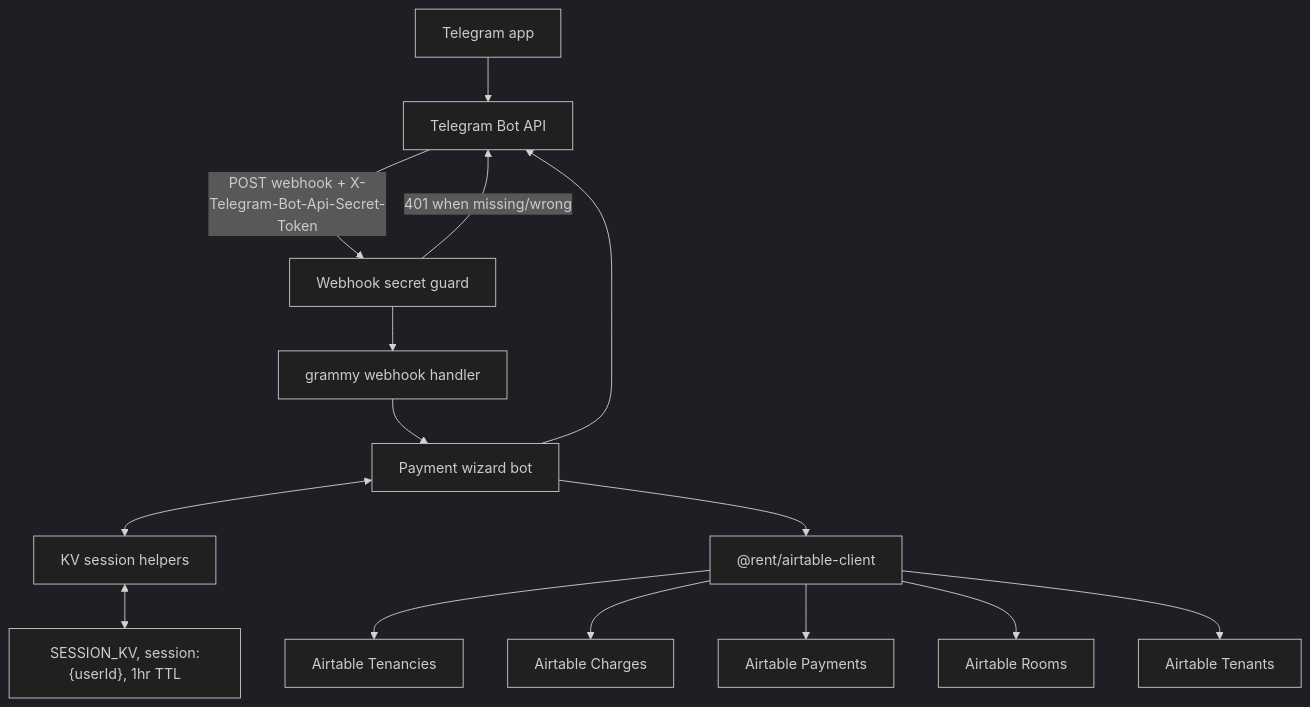
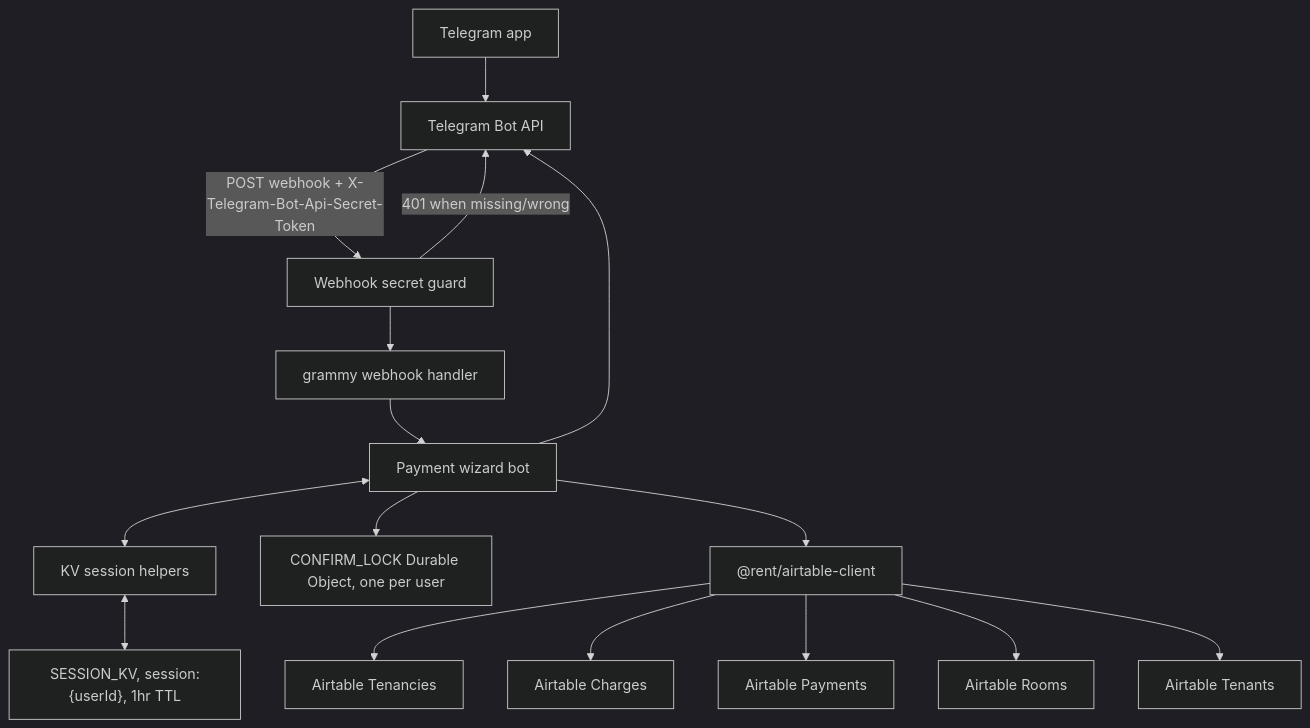
The diagram in payment-worker/README.md (edward-sia/rent-workers), drawn with Mermaid (dark theme) before and after one commit. The commit also changed other lines of this file and 23 other files, not shown here.

First line of the commit message:
fix(payment-worker): let one Confirm per confirm screen write

````diff
--- a/payment-worker/README.md
+++ b/payment-worker/README.md
@@ -7,17 +7,18 @@
 ```mermaid
 flowchart TD
     TG["Telegram app"] --> TGAPI["Telegram Bot API"]
     TGAPI -->|"POST webhook + X-Telegram-Bot-Api-Secret-Token"| AUTH["Webhook secret guard"]
     AUTH -->|"401 when missing/wrong"| TGAPI
     AUTH --> GRAMMY["grammy webhook handler"]
     GRAMMY --> BOT["Payment wizard bot"]
     BOT <--> SESSION["KV session helpers"]
     SESSION <--> KV["SESSION_KV, session:{userId}, 1hr TTL"]
+    BOT --> LOCK["CONFIRM_LOCK Durable Object, one per user"]
     BOT --> CLIENT["@rent/airtable-client"]
     CLIENT --> TEN["Airtable Tenancies"]
     CLIENT --> CHG["Airtable Charges"]
     CLIENT --> PAY["Airtable Payments"]
     CLIENT --> ROOM["Airtable Rooms"]
     CLIENT --> TNT["Airtable Tenants"]
     BOT --> TGAPI
 ```
````
